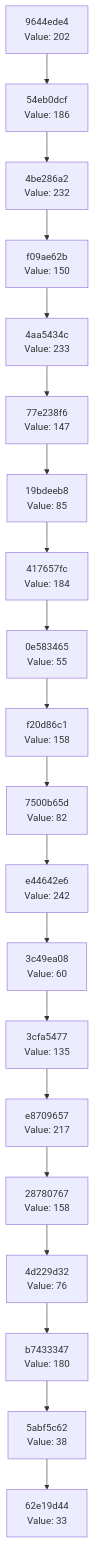
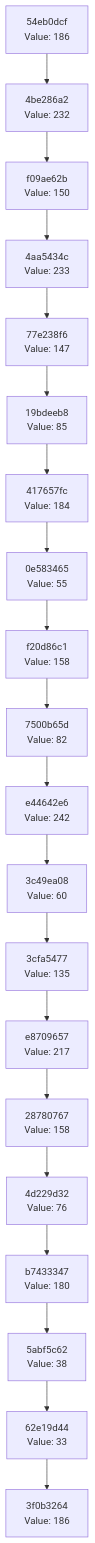
The diagram in docs/CHAIN_VISUALIZATION.md (Abhisheksinha1506/hash-chain-evolver), drawn with Mermaid before and after one commit. The commit also changed 3 other files, not shown here.

````diff
--- a/docs/CHAIN_VISUALIZATION.md
+++ b/docs/CHAIN_VISUALIZATION.md
@@ -3,42 +3,42 @@
 ```mermaid
 graph TD
-    C0["62e19d44<br/>Value: 33"]
-    C1["5abf5c62<br/>Value: 38"]
+    C0["3f0b3264<br/>Value: 186"]
+    C1["62e19d44<br/>Value: 33"]
     C1 --> C0
-    C2["b7433347<br/>Value: 180"]
+    C2["5abf5c62<br/>Value: 38"]
     C2 --> C1
-    C3["4d229d32<br/>Value: 76"]
+    C3["b7433347<br/>Value: 180"]
     C3 --> C2
-    C4["28780767<br/>Value: 158"]
+    C4["4d229d32<br/>Value: 76"]
     C4 --> C3
-    C5["e8709657<br/>Value: 217"]
+    C5["28780767<br/>Value: 158"]
     C5 --> C4
-    C6["3cfa5477<br/>Value: 135"]
+    C6["e8709657<br/>Value: 217"]
     C6 --> C5
-    C7["3c49ea08<br/>Value: 60"]
+    C7["3cfa5477<br/>Value: 135"]
     C7 --> C6
-    C8["e44642e6<br/>Value: 242"]
+    C8["3c49ea08<br/>Value: 60"]
     C8 --> C7
-    C9["7500b65d<br/>Value: 82"]
+    C9["e44642e6<br/>Value: 242"]
     C9 --> C8
-    C10["f20d86c1<br/>Value: 158"]
+    C10["7500b65d<br/>Value: 82"]
     C10 --> C9
-    C11["0e583465<br/>Value: 55"]
+    C11["f20d86c1<br/>Value: 158"]
     C11 --> C10
-    C12["417657fc<br/>Value: 184"]
+    C12["0e583465<br/>Value: 55"]
     C12 --> C11
-    C13["19bdeeb8<br/>Value: 85"]
+    C13["417657fc<br/>Value: 184"]
     C13 --> C12
-    C14["77e238f6<br/>Value: 147"]
+    C14["19bdeeb8<br/>Value: 85"]
     C14 --> C13
-    C15["4aa5434c<br/>Value: 233"]
+    C15["77e238f6<br/>Value: 147"]
     C15 --> C14
-    C16["f09ae62b<br/>Value: 150"]
+    C16["4aa5434c<br/>Value: 233"]
     C16 --> C15
-    C17["4be286a2<br/>Value: 232"]
+    C17["f09ae62b<br/>Value: 150"]
     C17 --> C16
-    C18["54eb0dcf<br/>Value: 186"]
+    C18["4be286a2<br/>Value: 232"]
     C18 --> C17
-    C19["9644ede4<br/>Value: 202"]
+    C19["54eb0dcf<br/>Value: 186"]
     C19 --> C18
 ```
````
